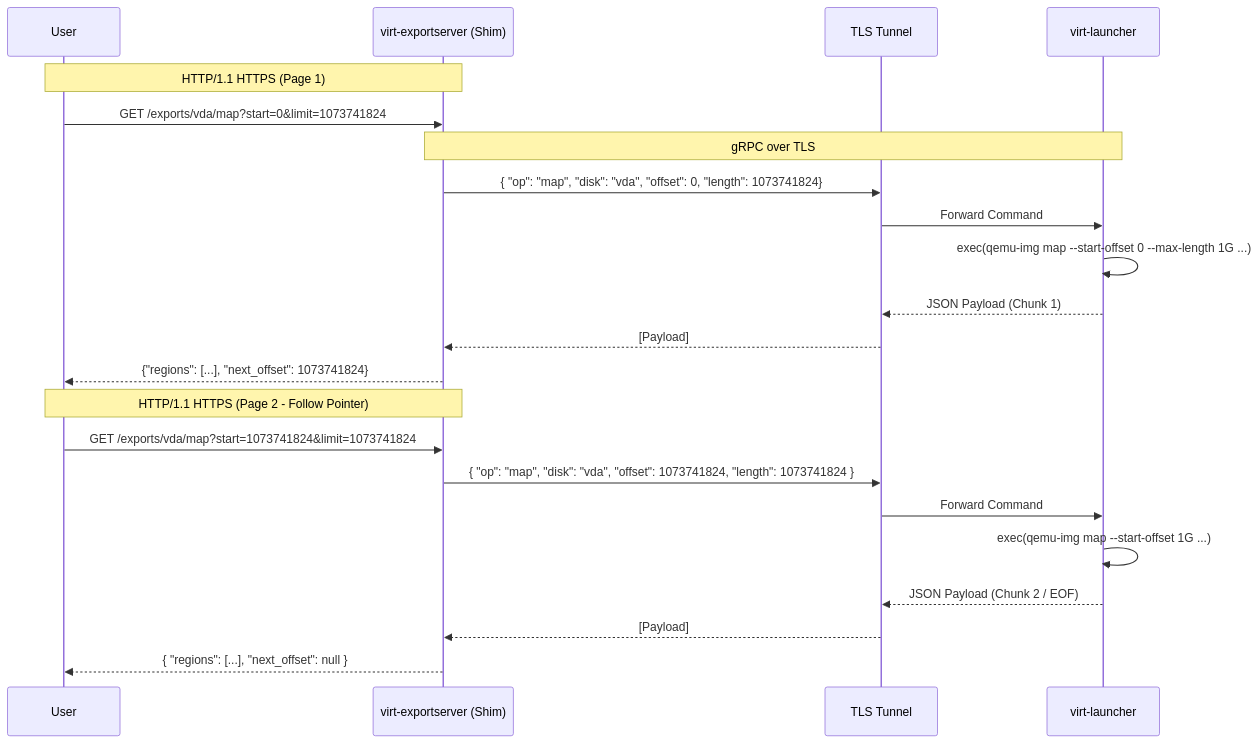
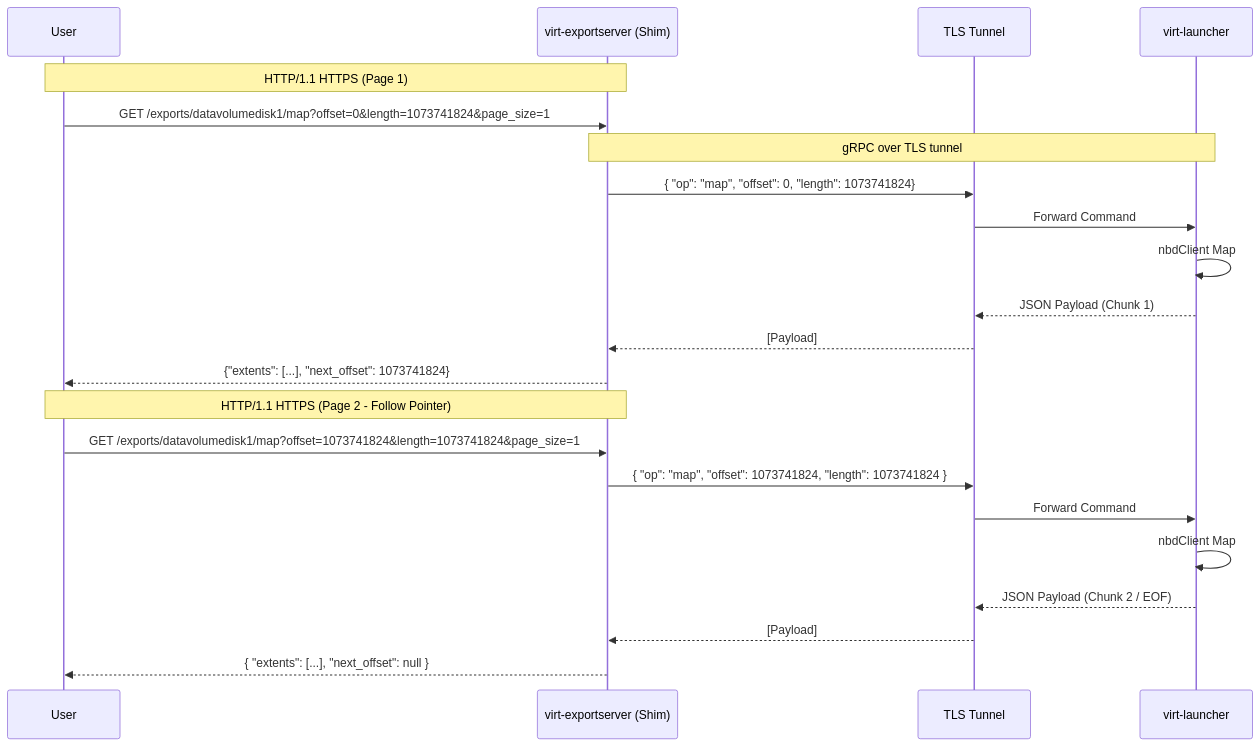
The second of 3 diagrams in veps/sig-storage/incremental-backup.md (kubevirt/enhancements), drawn with Mermaid before and after one commit. The commit also changed other lines of this file, not shown here.

````diff
--- a/veps/sig-storage/incremental-backup.md
+++ b/veps/sig-storage/incremental-backup.md
@@ -409,33 +406,32 @@
 ```mermaid
 sequenceDiagram
     participant User
     participant Server as virt-exportserver (Shim)
     participant Tunnel as TLS Tunnel
     participant Launcher as virt-launcher
 
     Note over User, Server: HTTP/1.1 HTTPS (Page 1)
-    User->>Server: GET /exports/vda/map?start=0&limit=1073741824
+    User->>Server: GET /exports/datavolumedisk1/map?offset=0&length=1073741824&page_size=1
     
-    Note over Server, Launcher: gRPC over TLS
-    Server->>Tunnel: { "op": "map", "disk": "vda", "offset": 0, "length": 1073741824}
+    Note over Server, Launcher: gRPC over TLS tunnel
+    Server->>Tunnel: { "op": "map", "offset": 0, "length": 1073741824}
     Tunnel->>Launcher: Forward Command
     
-    Launcher->>Launcher: exec(qemu-img map --start-offset 0 --max-length 1G ...)
+    Launcher->>Launcher: nbdClient Map
     Launcher-->>Tunnel: JSON Payload (Chunk 1)
     Tunnel-->>Server: [Payload]
     
-    Server-->>User: {"regions": [...], "next_offset": 1073741824}
+    Server-->>User: {"extents": [...], "next_offset": 1073741824}
 
     Note over User, Server: HTTP/1.1 HTTPS (Page 2 - Follow Pointer)
+    User->>Server: GET /exports/datavolumedisk1/map?offset=1073741824&length=1073741824&page_size=1
     
-    User->>Server: GET /exports/vda/map?start=1073741824&limit=1073741824
-    
-    Server->>Tunnel: { "op": "map", "disk": "vda", "offset": 1073741824, "length": 1073741824 }
+    Server->>Tunnel: { "op": "map", "offset": 1073741824, "length": 1073741824 }
     Tunnel->>Launcher: Forward Command
     
-    Launcher->>Launcher: exec(qemu-img map --start-offset 1G ...)
+    Launcher->>Launcher: nbdClient Map
     Launcher-->>Tunnel: JSON Payload (Chunk 2 / EOF)
     Tunnel-->>Server: [Payload]
     
-    Server-->>User: { "regions": [...], "next_offset": null }
+    Server-->>User: { "extents": [...], "next_offset": null }
  ```
````
